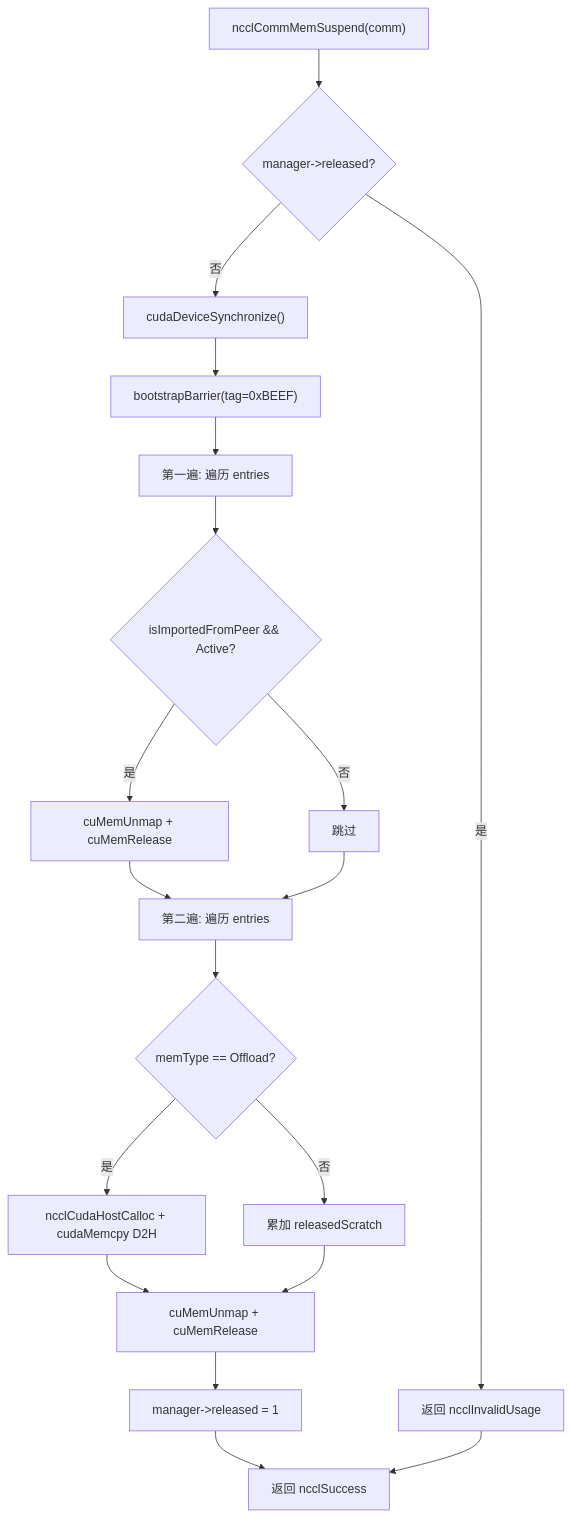
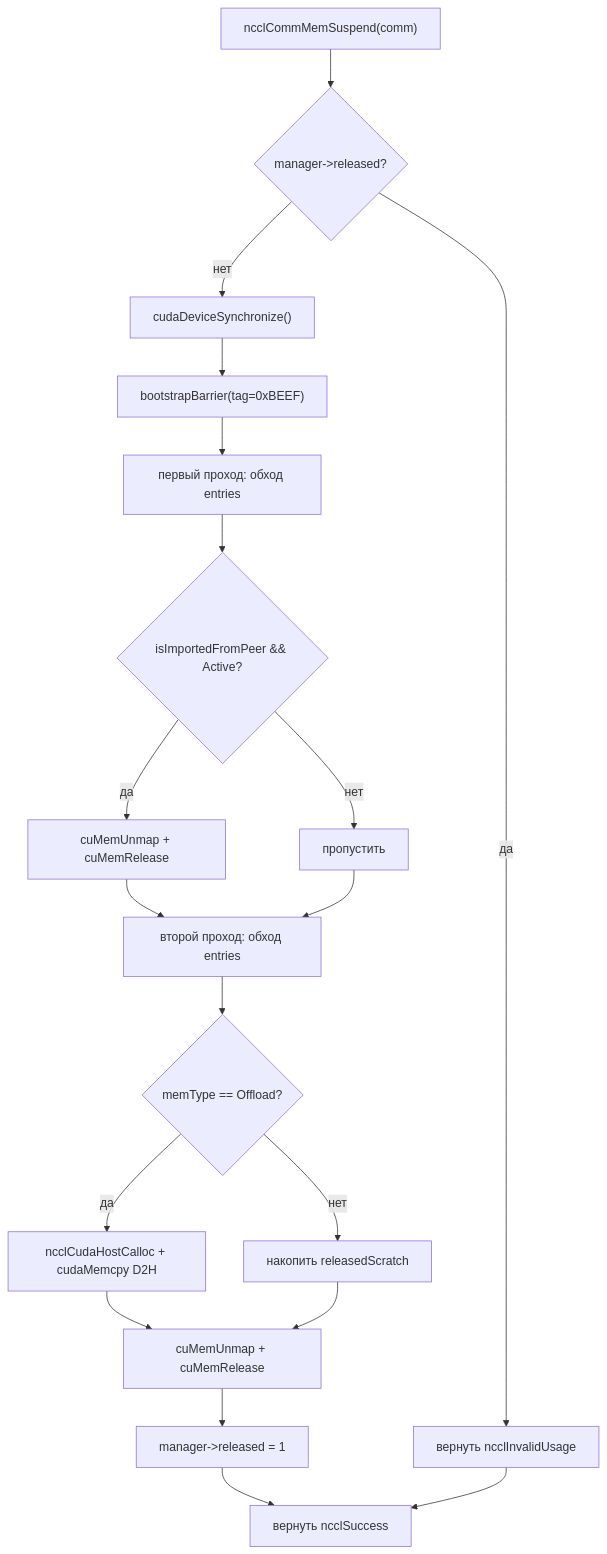
One commit to maleRjc/AiReadCodeBooks changed the first of 3 diagrams in books/nccl/ru/18-memory-allocator-and-registration-cache.md. Above: the diagram before and after it, drawn with Mermaid. The commit also changed other lines of this file and 74 other files, not shown here.

````diff
--- a/books/nccl/ru/18-memory-allocator-and-registration-cache.md
+++ b/books/nccl/ru/18-memory-allocator-and-registration-cache.md
@@ -202,21 +204,21 @@
 ```mermaid
 flowchart TD
     start["ncclCommMemSuspend(comm)"] --> check{"manager->released?"}
-    check -->|"是"| err1["返回 ncclInvalidUsage"]
-    check -->|"否"| sync["cudaDeviceSynchronize()"]
+    check -->|"да"| err1["вернуть ncclInvalidUsage"]
+    check -->|"нет"| sync["cudaDeviceSynchronize()"]
     sync --> barrier1["bootstrapBarrier(tag=0xBEEF)"]
-    barrier1 --> pass1["第一遍: 遍历 entries"]
+    barrier1 --> pass1["первый проход: обход entries"]
     pass1 --> cond1{"isImportedFromPeer && Active?"}
-    cond1 -->|"是"| unmap1["cuMemUnmap + cuMemRelease"]
-    cond1 -->|"否"| skip1["跳过"]
-    unmap1 --> pass2["第二遍: 遍历 entries"]
+    cond1 -->|"да"| unmap1["cuMemUnmap + cuMemRelease"]
+    cond1 -->|"нет"| skip1["пропустить"]
+    unmap1 --> pass2["второй проход: обход entries"]
     skip1 --> pass2
     pass2 --> cond2{"memType == Offload?"}
-    cond2 -->|"是"| backup["ncclCudaHostCalloc + cudaMemcpy D2H"]
-    cond2 -->|"否"| scratch["累加 releasedScratch"]
+    cond2 -->|"да"| backup["ncclCudaHostCalloc + cudaMemcpy D2H"]
+    cond2 -->|"нет"| scratch["накопить releasedScratch"]
     backup --> unmap2["cuMemUnmap + cuMemRelease"]
     scratch --> unmap2
     unmap2 --> mark["manager->released = 1"]
-    mark --> done["返回 ncclSuccess"]
+    mark --> done["вернуть ncclSuccess"]
     err1 --> done
 ```
````
